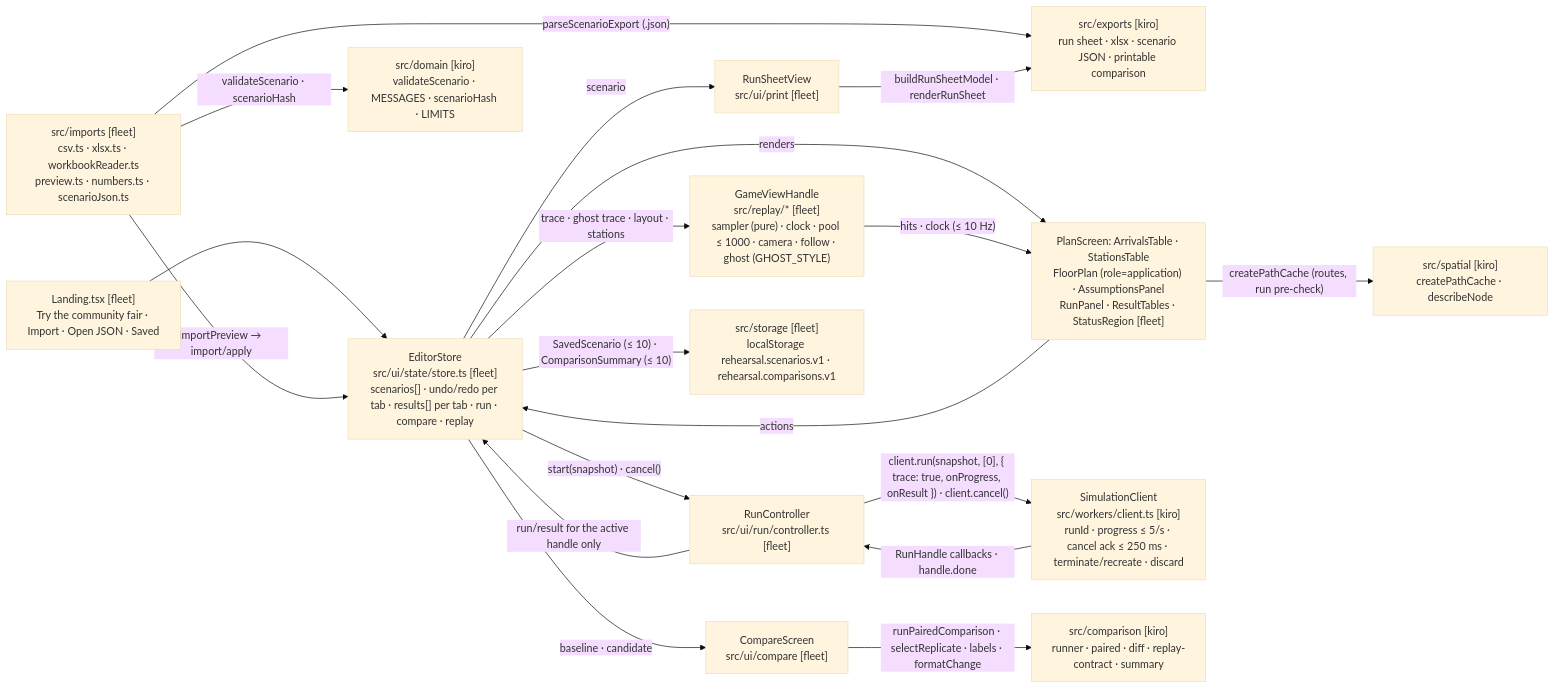
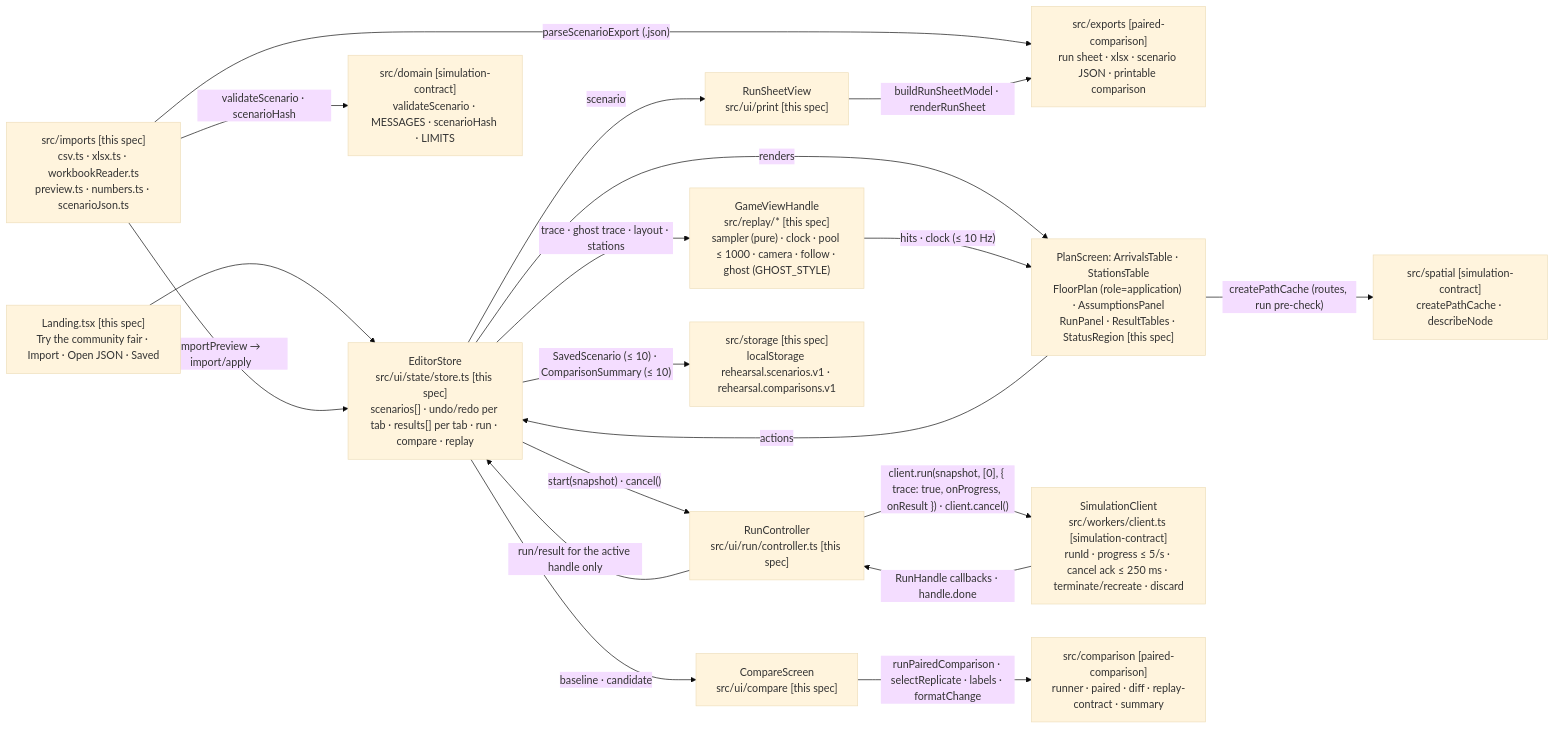
One commit to Midknight56/rehearsal changed the first of 4 diagrams in .kiro/specs/scenario-editor-and-replay/design.md. Above: the diagram before and after it, drawn with Mermaid (base theme). The commit also changed other lines of this file and 4 other files, not shown here.

First line of the commit message:
scenario-editor-and-replay: spec review and review findings

````diff
--- a/.kiro/specs/scenario-editor-and-replay/design.md
+++ b/.kiro/specs/scenario-editor-and-replay/design.md
@@ -11,21 +11,21 @@
 ```mermaid
 flowchart LR
-  LD["Landing.tsx [fleet]<br/>Try the community fair · Import · Open JSON · Saved"] --> ST["EditorStore<br/>src/ui/state/store.ts [fleet]<br/>scenarios[] · undo/redo per tab · results[] per tab · run · compare · replay"]
-  IM["src/imports [fleet]<br/>csv.ts · xlsx.ts · workbookReader.ts<br/>preview.ts · numbers.ts · scenarioJson.ts"] -->|"ImportPreview → import/apply"| ST
-  IM -->|"validateScenario · scenarioHash"| DOM["src/domain [kiro]<br/>validateScenario · MESSAGES · scenarioHash · LIMITS"]
+  LD["Landing.tsx [this spec]<br/>Try the community fair · Import · Open JSON · Saved"] --> ST["EditorStore<br/>src/ui/state/store.ts [this spec]<br/>scenarios[] · undo/redo per tab · results[] per tab · run · compare · replay"]
+  IM["src/imports [this spec]<br/>csv.ts · xlsx.ts · workbookReader.ts<br/>preview.ts · numbers.ts · scenarioJson.ts"] -->|"ImportPreview → import/apply"| ST
+  IM -->|"validateScenario · scenarioHash"| DOM["src/domain [simulation-contract]<br/>validateScenario · MESSAGES · scenarioHash · LIMITS"]
   IM -->|"parseScenarioExport (.json)"| EX
-  ST -->|"renders"| UI["PlanScreen: ArrivalsTable · StationsTable<br/>FloorPlan (role=application) · AssumptionsPanel<br/>RunPanel · ResultTables · StatusRegion [fleet]"]
+  ST -->|"renders"| UI["PlanScreen: ArrivalsTable · StationsTable<br/>FloorPlan (role=application) · AssumptionsPanel<br/>RunPanel · ResultTables · StatusRegion [this spec]"]
   UI -->|"actions"| ST
-  UI -->|"createPathCache (routes, run pre-check)"| SP["src/spatial [kiro]<br/>createPathCache · describeNode"]
-  ST -->|"start(snapshot) · cancel()"| RC["RunController<br/>src/ui/run/controller.ts [fleet]"]
-  RC -->|"client.run(snapshot, [0], { trace: true, onProgress, onResult }) · client.cancel()"| WK["SimulationClient<br/>src/workers/client.ts [kiro]<br/>runId · progress ≤ 5/s · cancel ack ≤ 250 ms · terminate/recreate · discard"]
+  UI -->|"createPathCache (routes, run pre-check)"| SP["src/spatial [simulation-contract]<br/>createPathCache · describeNode"]
+  ST -->|"start(snapshot) · cancel()"| RC["RunController<br/>src/ui/run/controller.ts [this spec]"]
+  RC -->|"client.run(snapshot, [0], { trace: true, onProgress, onResult }) · client.cancel()"| WK["SimulationClient<br/>src/workers/client.ts [simulation-contract]<br/>runId · progress ≤ 5/s · cancel ack ≤ 250 ms · terminate/recreate · discard"]
   WK -->|"RunHandle callbacks · handle.done"| RC
   RC -->|"run/result for the active handle only"| ST
-  ST -->|"trace · ghost trace · layout · stations"| GV["GameViewHandle<br/>src/replay/* [fleet]<br/>sampler (pure) · clock · pool ≤ 1000 · camera · follow · ghost (GHOST_STYLE)"]
+  ST -->|"trace · ghost trace · layout · stations"| GV["GameViewHandle<br/>src/replay/* [this spec]<br/>sampler (pure) · clock · pool ≤ 1000 · camera · follow · ghost (GHOST_STYLE)"]
   GV -->|"hits · clock (≤ 10 Hz)"| UI
-  ST -->|"baseline · candidate"| CP["CompareScreen<br/>src/ui/compare [fleet]"]
-  CP -->|"runPairedComparison · selectReplicate · labels · formatChange"| CM["src/comparison [kiro]<br/>runner · paired · diff · replay-contract · summary"]
-  ST -->|"scenario"| PR["RunSheetView<br/>src/ui/print [fleet]"]
-  PR -->|"buildRunSheetModel · renderRunSheet"| EX["src/exports [kiro]<br/>run sheet · xlsx · scenario JSON · printable comparison"]
-  ST -->|"SavedScenario (≤ 10) · ComparisonSummary (≤ 10)"| SG["src/storage [fleet]<br/>localStorage rehearsal.scenarios.v1 · rehearsal.comparisons.v1"]
+  ST -->|"baseline · candidate"| CP["CompareScreen<br/>src/ui/compare [this spec]"]
+  CP -->|"runPairedComparison · selectReplicate · labels · formatChange"| CM["src/comparison [paired-comparison]<br/>runner · paired · diff · replay-contract · summary"]
+  ST -->|"scenario"| PR["RunSheetView<br/>src/ui/print [this spec]"]
+  PR -->|"buildRunSheetModel · renderRunSheet"| EX["src/exports [paired-comparison]<br/>run sheet · xlsx · scenario JSON · printable comparison"]
+  ST -->|"SavedScenario (≤ 10) · ComparisonSummary (≤ 10)"| SG["src/storage [this spec]<br/>localStorage rehearsal.scenarios.v1 · rehearsal.comparisons.v1"]
 ```
````
